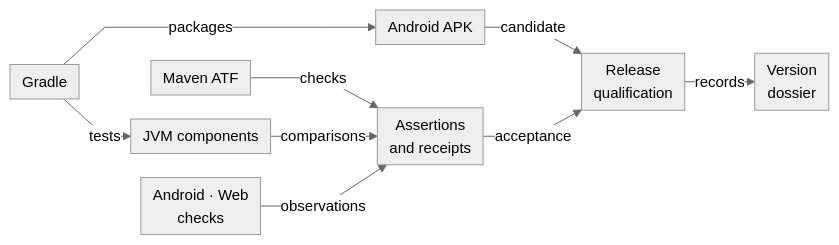
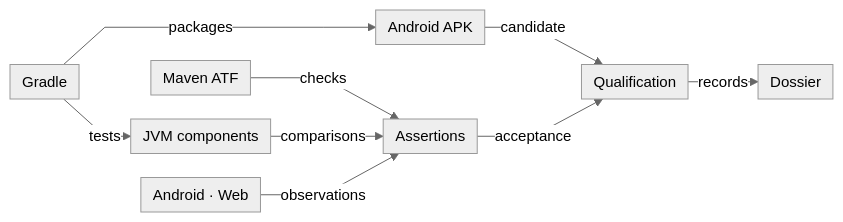
One commit to crististefanita/whist changed the third of 4 diagrams in README.md. Above: the diagram before and after it, drawn with Mermaid. The commit also changed other lines of this file, not shown here.

Commit message:
docs: keep the synced overview diagrams within the governed compact layout

````diff
--- a/README.md
+++ b/README.md
@@ -120,20 +120,20 @@
 ```mermaid
 %%{init: {"theme":"neutral","themeVariables":{"fontSize":"15px"},"themeCSS":".edgeLabel, .edgeLabel p { font-size: 12px !important; } .node rect { rx: 6px; ry: 6px; }","flowchart":{"curve":"linear","nodeSpacing":24,"rankSpacing":20,"padding":6},"sequence":{"mirrorActors":false,"messageMargin":24}}}%%
 flowchart LR
     Gradle["Gradle"]
     APK["Android APK"]
     JVM["JVM components"]
     Maven["Maven ATF"]
-    Platform["Android · Web<br/>checks"]
-    Evidence["Assertions<br/>and receipts"]
-    Gate["Release<br/>qualification"]
-    Dossier["Version<br/>dossier"]
+    Platform["Android · Web"]
+    Evidence["Assertions"]
+    Gate["Qualification"]
+    Dossier["Dossier"]
     Gradle -->|packages| APK
     Gradle -->|tests| JVM
     Maven -->|checks| Evidence
     JVM -->|comparisons| Evidence
     APK -->|candidate| Gate
     Platform -->|observations| Evidence
     Evidence -->|acceptance| Gate
     Gate -->|records| Dossier
 ```
````
